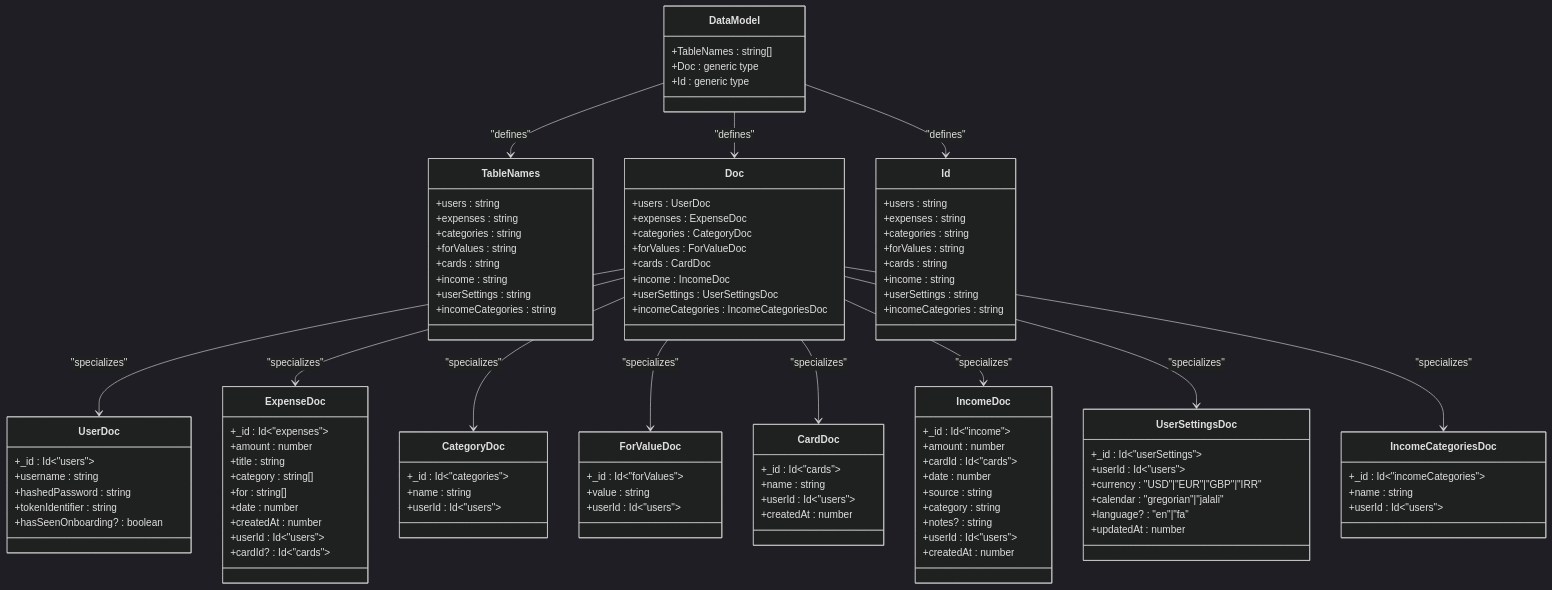
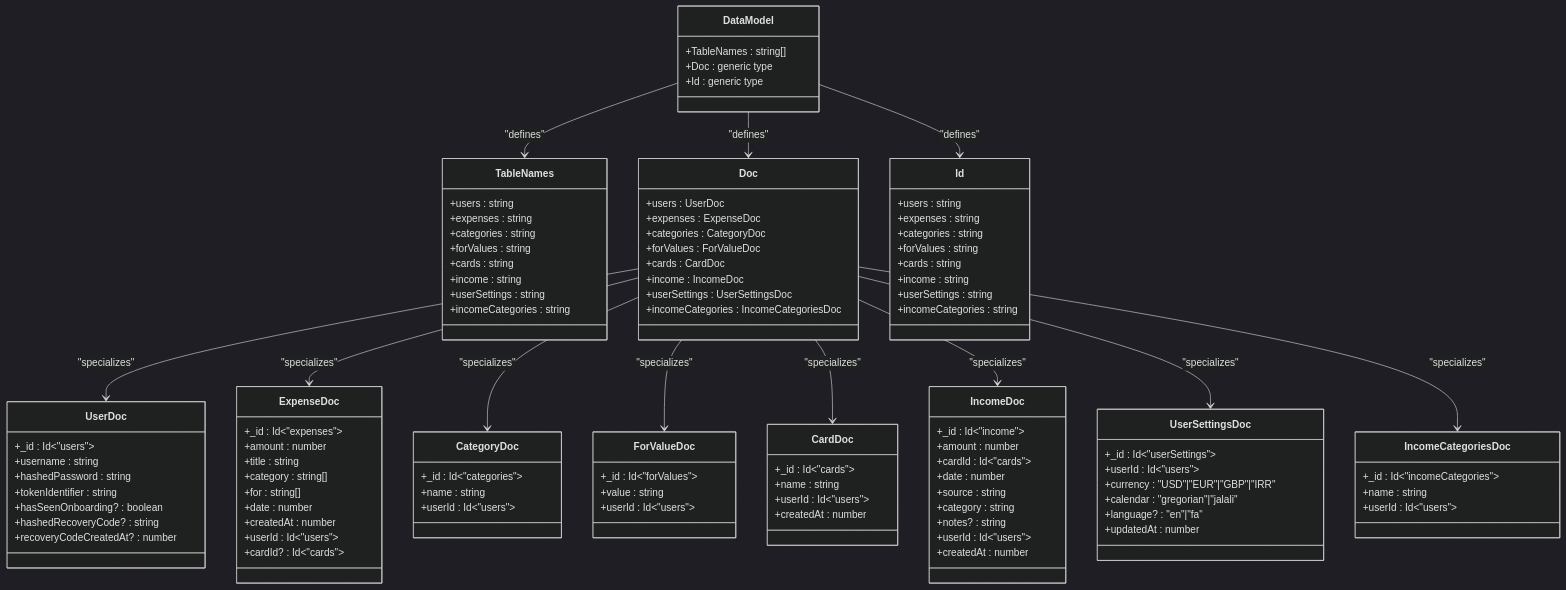
One commit to amiirbazzii/Expense-Tracker---Warp changed the second of 2 diagrams in .qoder/repowiki/en/content/Backend Architecture/Data Models and Schema.md. Above: the diagram before and after it, drawn with Mermaid (dark theme). The commit also changed other lines of this file and 15 other files, not shown here.

```diff
--- a/.qoder/repowiki/en/content/Backend Architecture/Data Models and Schema.md
+++ b/.qoder/repowiki/en/content/Backend Architecture/Data Models and Schema.md
@@ -300,6 +306,8 @@
 +hashedPassword : string
 +tokenIdentifier : string
 +hasSeenOnboarding? : boolean
++hashedRecoveryCode? : string
++recoveryCodeCreatedAt? : number
 }
 class ExpenseDoc {
 +_id : Id~"expenses"~
```
